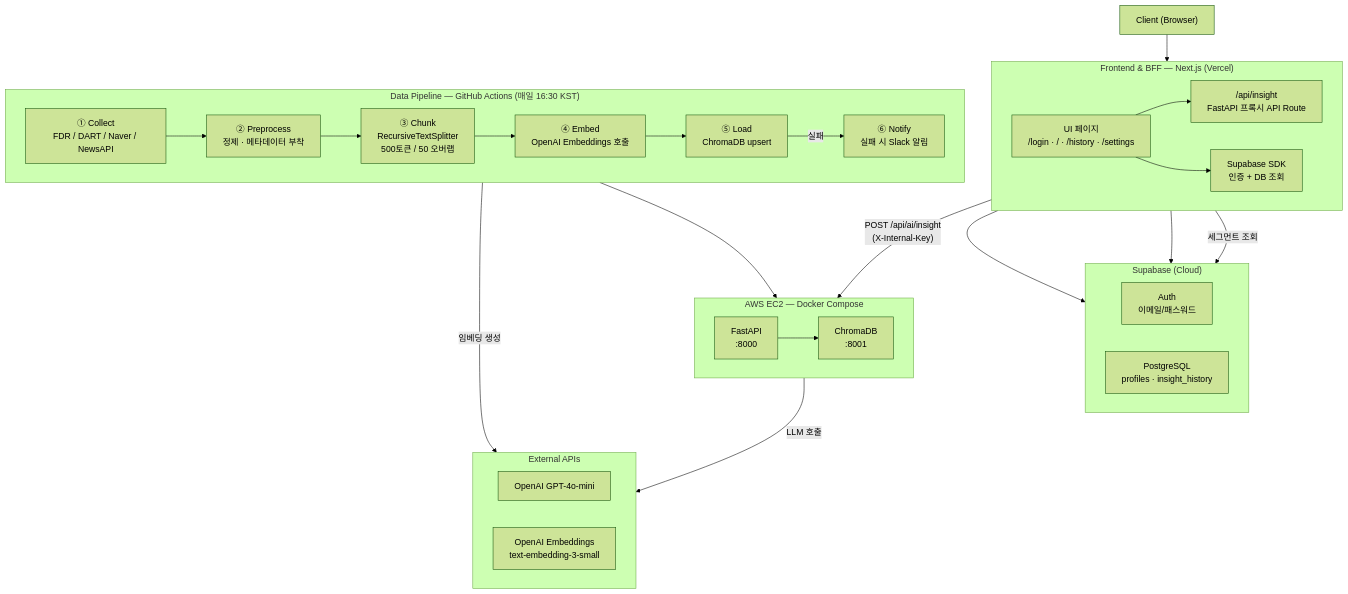
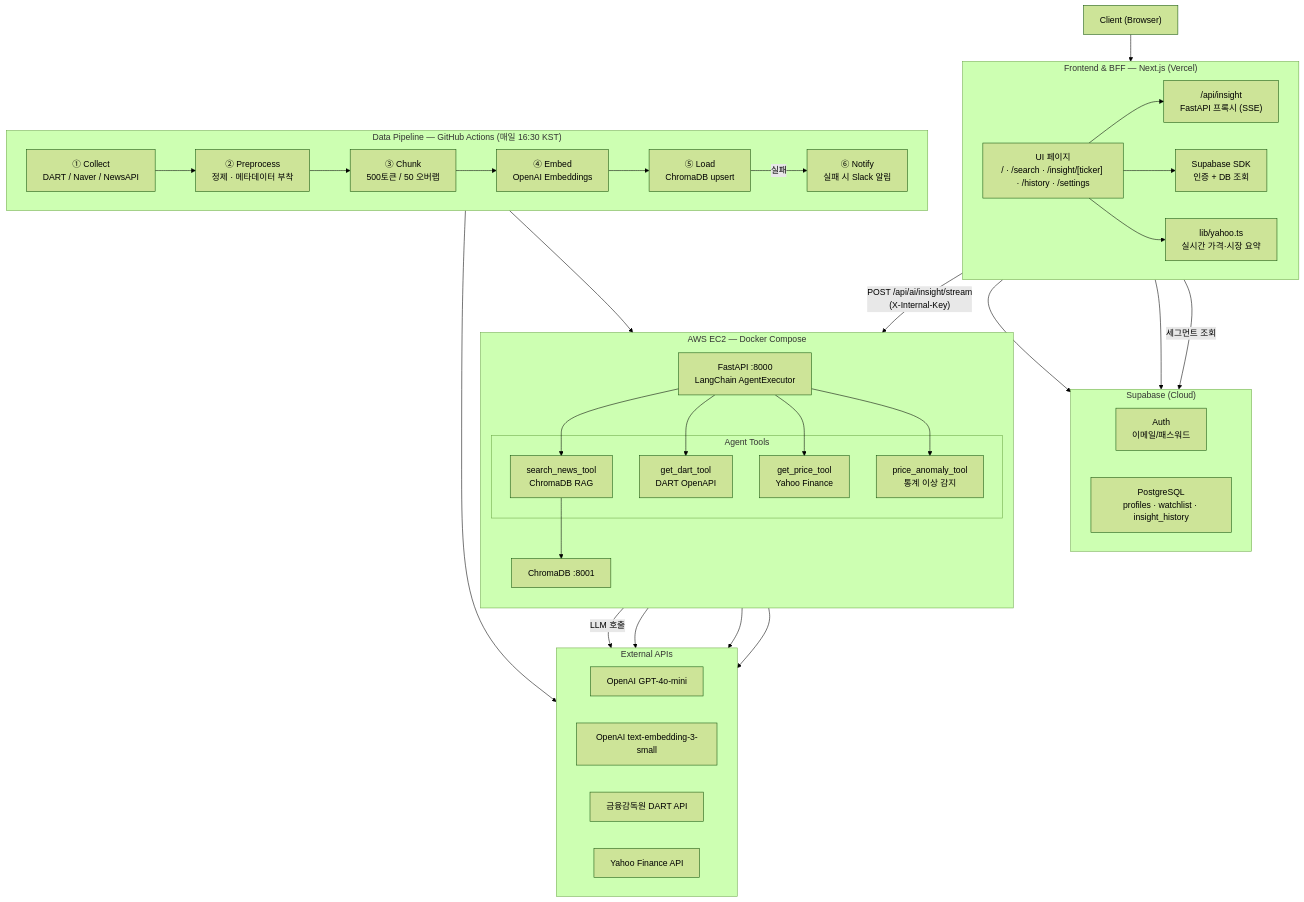
The first of 4 diagrams in docs/TECH_STACK.md (sammy0329/finsight-ai-agent), drawn with Mermaid (forest theme) before and after one commit. The commit also changed other lines of this file and 3 other files, not shown here.

First line of the commit message:
docs: Multi-tool Agent 방향으로 PRD·TECH_STACK·TASK·README 전면 개정

````diff
--- a/docs/TECH_STACK.md
+++ b/docs/TECH_STACK.md
@@ -10,53 +10,64 @@
 ```mermaid
 flowchart TD
     Client["Client (Browser)"]
 
     subgraph Vercel["Frontend & BFF — Next.js (Vercel)"]
         direction LR
-        Pages["UI 페이지\n/login · / · /history · /settings"]
-        APIRoute["/api/insight\nFastAPI 프록시 API Route"]
+        Pages["UI 페이지\n/ · /search · /insight/[ticker] · /history · /settings"]
+        APIRoute["/api/insight\nFastAPI 프록시 (SSE)"]
         SupabaseSDK["Supabase SDK\n인증 + DB 조회"]
+        YahooLib["lib/yahoo.ts\n실시간 가격·시장 요약"]
     end
 
     subgraph Supabase["Supabase (Cloud)"]
         direction LR
         SupabaseAuth["Auth\n이메일/패스워드"]
-        SupabaseDB["PostgreSQL\nprofiles · insight_history"]
+        SupabaseDB["PostgreSQL\nprofiles · watchlist · insight_history"]
     end
 
     subgraph EC2["AWS EC2 — Docker Compose"]
-        direction LR
-        FA["FastAPI\n:8000"]
-        Chroma["ChromaDB\n:8001"]
+        direction TB
+        FA["FastAPI :8000\nLangChain AgentExecutor"]
+        subgraph Tools["Agent Tools"]
+            T1["search_news_tool\nChromaDB RAG"]
+            T2["get_dart_tool\nDART OpenAPI"]
+            T3["get_price_tool\nYahoo Finance"]
+            T4["price_anomaly_tool\n통계 이상 감지"]
+        end
+        Chroma["ChromaDB :8001"]
+        FA --> T1 & T2 & T3 & T4
+        T1 --> Chroma
     end
 
     subgraph ExternalAPIs["External APIs"]
         direction LR
         LLM["OpenAI GPT-4o-mini"]
-        Embedding["OpenAI Embeddings\ntext-embedding-3-small"]
+        Embedding["OpenAI text-embedding-3-small"]
+        DART["금융감독원 DART API"]
+        Yahoo["Yahoo Finance API"]
     end
 
     subgraph Pipeline["Data Pipeline — GitHub Actions (매일 16:30 KST)"]
         direction LR
-        Collect["① Collect\nFDR / DART / Naver / NewsAPI"]
+        Collect["① Collect\nDART / Naver / NewsAPI"]
         Preprocess["② Preprocess\n정제 · 메타데이터 부착"]
-        Chunk["③ Chunk\nRecursiveTextSplitter\n500토큰 / 50 오버랩"]
-        Embed["④ Embed\nOpenAI Embeddings 호출"]
+        Chunk["③ Chunk\n500토큰 / 50 오버랩"]
+        Embed["④ Embed\nOpenAI Embeddings"]
         Load["⑤ Load\nChromaDB upsert"]
         Notify["⑥ Notify\n실패 시 Slack 알림"]
     end
 
     Client --> Pages
     Pages --> APIRoute
     Pages --> SupabaseSDK
-    SupabaseSDK --> SupabaseAuth
-    SupabaseSDK --> SupabaseDB
+    Pages --> YahooLib
+    SupabaseSDK --> SupabaseAuth & SupabaseDB
     APIRoute -->|"세그먼트 조회"| SupabaseDB
-    APIRoute -->|"POST /api/ai/insight\n(X-Internal-Key)"| FA
-    FA --> Chroma
+    APIRoute -->|"POST /api/ai/insight/stream\n(X-Internal-Key)"| FA
     FA -->|"LLM 호출"| LLM
-    Embed -->|"임베딩 생성"| Embedding
-
+    T2 --> DART
+    T3 & T4 --> Yahoo
+    Embed --> Embedding
     Collect --> Preprocess --> Chunk --> Embed --> Load --> Chroma
     Load -->|"실패"| Notify
 ```
````
